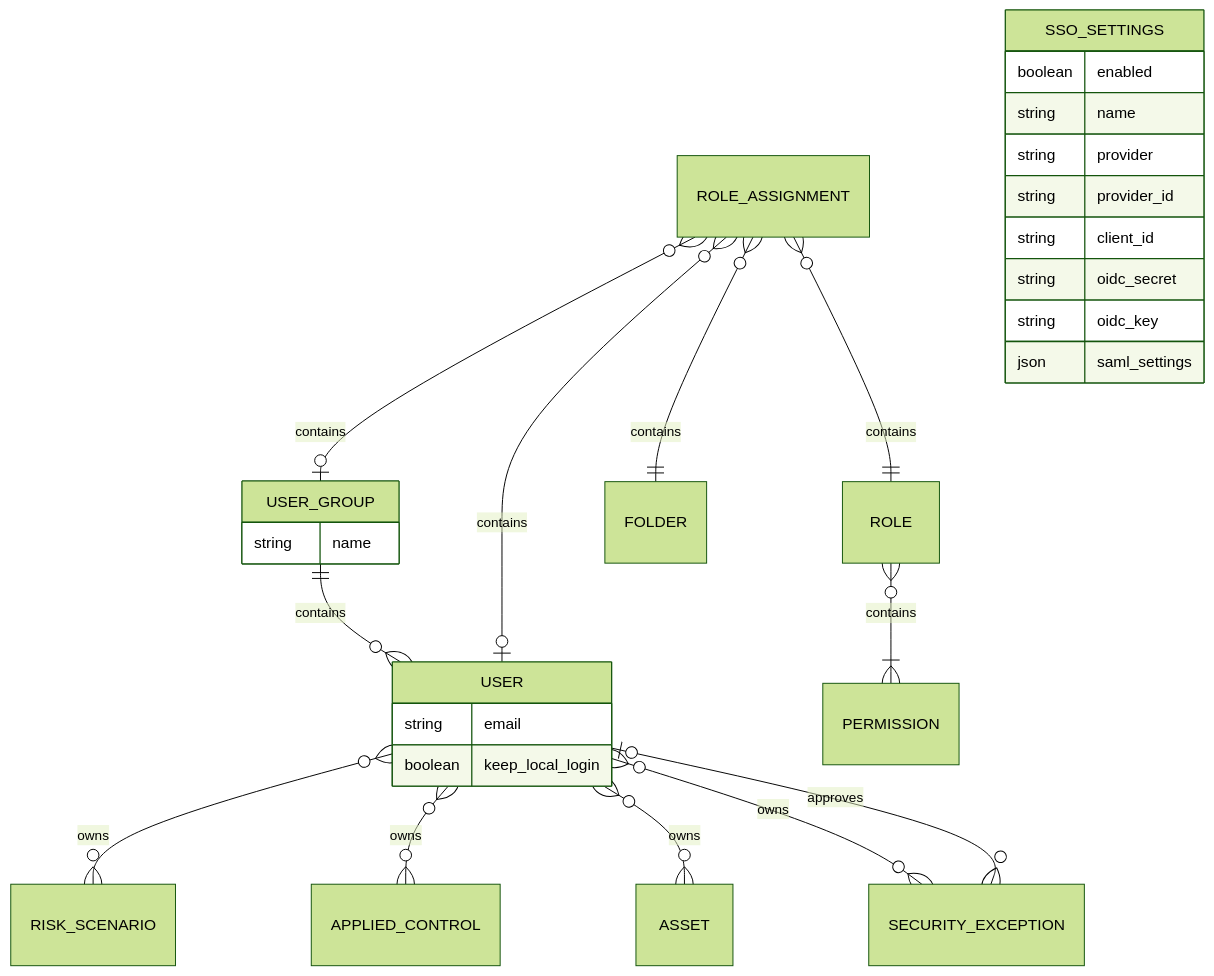
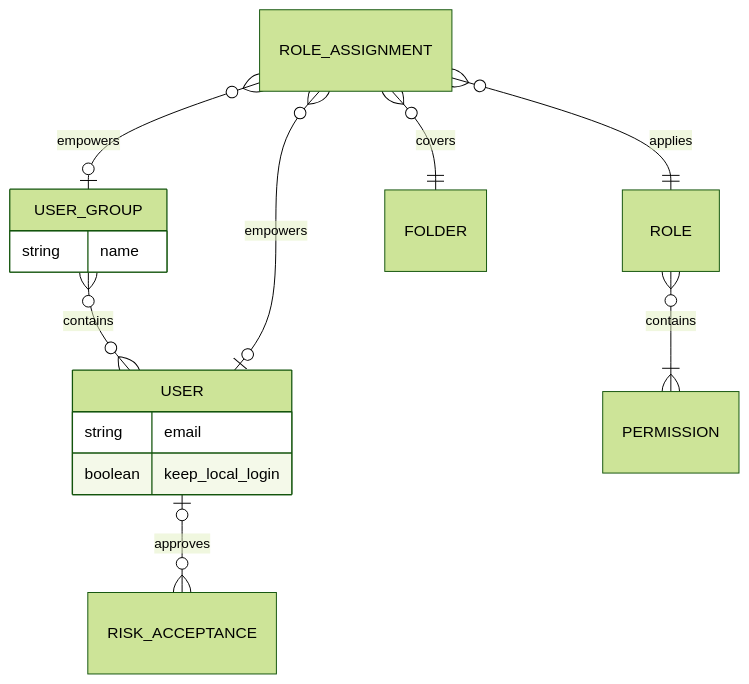
Before and after one commit to intuitem/ciso-assistant-community: the first of 17 diagrams in documentation/architecture/data-model.md, drawn with Mermaid (forest theme). The commit also changed other lines of this file and 1 other file, not shown here.

````diff
--- a/documentation/architecture/data-model.md
+++ b/documentation/architecture/data-model.md
@@ -7,37 +12,23 @@
 ```mermaid
 erDiagram
 
-    USER }o--o{ RISK_SCENARIO : owns
-    USER }o--o{ APPLIED_CONTROL : owns
-    USER }o--o{ ASSET : owns
-    USER }o--o{ SECURITY_EXCEPTION : owns
-    USER |o--o{ SECURITY_EXCEPTION : approves
 
-    USER_GROUP      ||--o{ USER      : contains
-    ROLE            }o--|{ PERMISSION: contains
-    ROLE_ASSIGNMENT }o--o| USER_GROUP: contains
-    ROLE_ASSIGNMENT }o--o| USER      : contains
-    ROLE_ASSIGNMENT }o--|| FOLDER    : contains
-    ROLE_ASSIGNMENT }o--|| ROLE      : contains
+    USER_GROUP      }o--o{ USER         : contains
+    ROLE            }o--|{ PERMISSION   : contains
+    ROLE_ASSIGNMENT }o--o| USER         : empowers
+    ROLE_ASSIGNMENT }o--o| USER_GROUP   : empowers
+    ROLE_ASSIGNMENT }o--|| FOLDER       : covers
+    ROLE_ASSIGNMENT }o--|| ROLE         : applies
+
+    USER      |o--o{ RISK_ACCEPTANCE    : approves
 
     USER {
         string  email
         boolean keep_local_login
     }
 
     USER_GROUP {
-        string name
-    }
-
-    SSO_SETTINGS {
-        boolean enabled
         string  name
-        string  provider
-        string  provider_id
-        string  client_id
-        string  oidc_secret
-        string  oidc_key
-        json    saml_settings
     }
 
 ```
````
